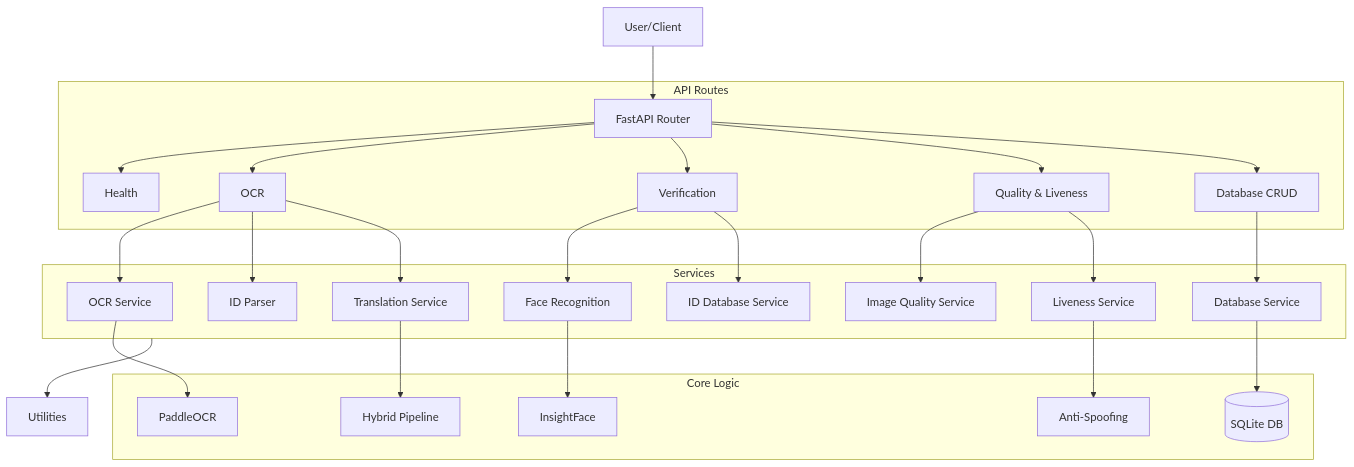
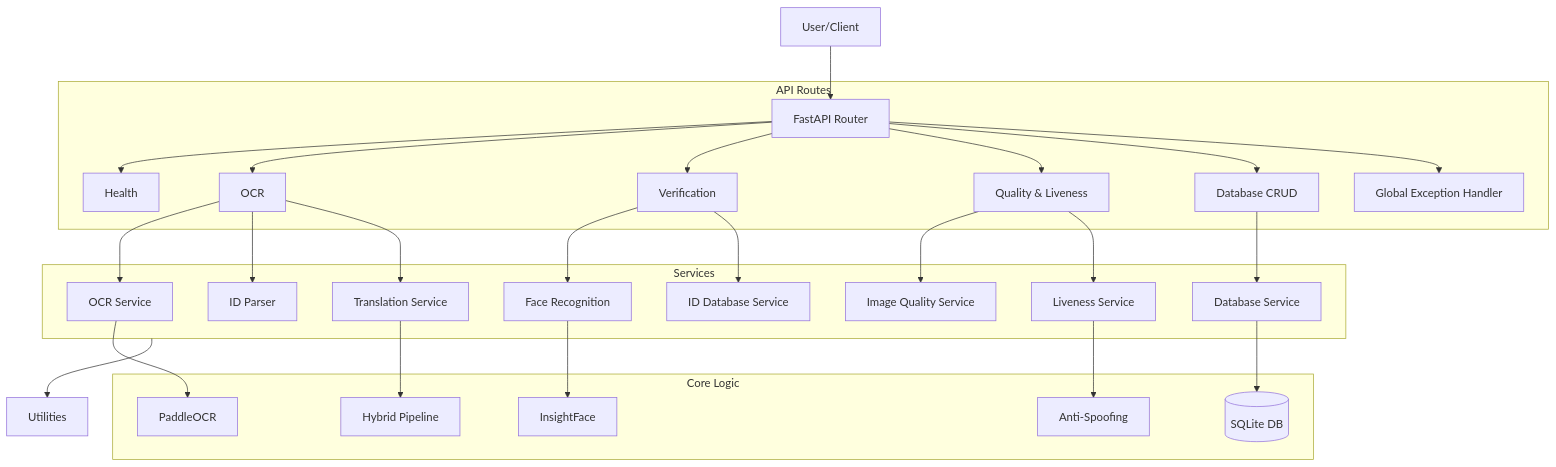
One commit to pragyasharva-dev/id-card-yemen changed the diagram in CONTEXT.md. Above: the diagram before and after it, drawn with Mermaid. The commit also changed other lines of this file, not shown here.

````diff
--- a/CONTEXT.md
+++ b/CONTEXT.md
@@ -21,33 +22,34 @@
 ```mermaid
 graph TD
     User[User/Client] --> API[FastAPI Router]
     
     subgraph Routes [API Routes]
         API --> Health[Health]
         API --> OCR_API[OCR]
         API --> Verify[Verification]
         API --> Quality[Quality & Liveness]
         API --> DB_API[Database CRUD]
+        API --> Errors[Global Exception Handler]
     end
     
     subgraph Services
         OCR_API --> OCR[OCR Service]
         Verify --> Face[Face Recognition]
         Verify --> ID_DB[ID Database Service]
         Quality --> IQS[Image Quality Service]
         Quality --> Liveness[Liveness Service]
         OCR_API --> Parser[ID Parser]
         OCR_API --> Trans[Translation Service]
         DB_API --> DB[Database Service]
     end
     
     subgraph Core Logic
         OCR --> Paddle[PaddleOCR]
         Face --> Insight[InsightFace]
         Liveness --> Spoof[Anti-Spoofing]
         Trans --> Hybrid[Hybrid Pipeline]
         DB --> SQLite[(SQLite DB)]
     end
     
     Services --> Utils[Utilities]
 ```
````
